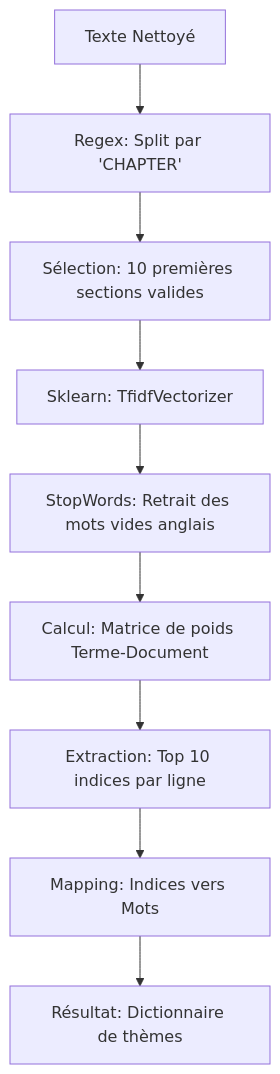
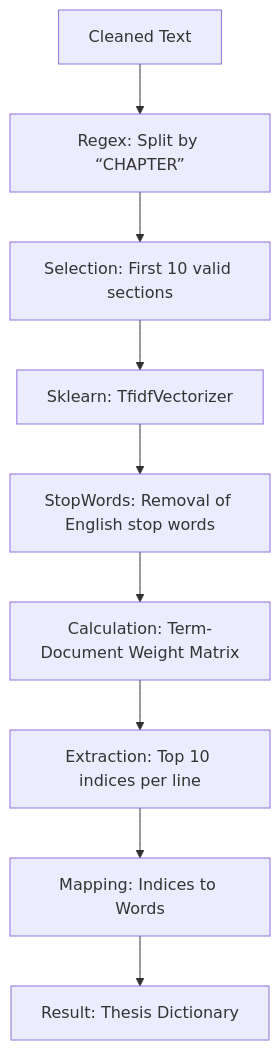
One commit to MeghCH/ALice-in-wonderland changed the diagram in docs/topics.md. Above: the diagram before and after it, drawn with Mermaid. The commit also changed 2 other files, not shown here.

Commit message:
fix languages

````diff
--- a/docs/topics.md
+++ b/docs/topics.md
@@ -1,11 +1,11 @@
 ```mermaid
 flowchart TD
-    A[Texte Nettoyé] --> B[Regex: Split par 'CHAPTER']
-    B --> C[Sélection: 10 premières sections valides]
+    A[Cleaned Text] --> B[Regex: Split by “CHAPTER”]
+    B --> C[Selection: First 10 valid sections]
     C --> D[Sklearn: TfidfVectorizer]
-    D --> E[StopWords: Retrait des mots vides anglais]
-    E --> F[Calcul: Matrice de poids Terme-Document]
-    F --> G[Extraction: Top 10 indices par ligne]
-    G --> H[Mapping: Indices vers Mots]
-    H --> I[Résultat: Dictionnaire de thèmes]
+    D --> E[StopWords: Removal of English stop words]
+    E --> F[Calculation: Term-Document Weight Matrix]
+    F --> G[Extraction: Top 10 indices per line]
+    G --> H[Mapping: Indices to Words]
+    H --> I[Result: Thesis Dictionary]
 ```
````
